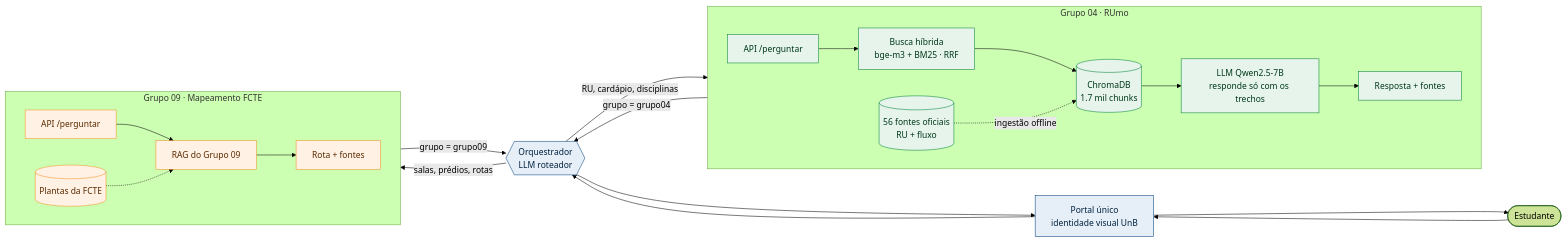
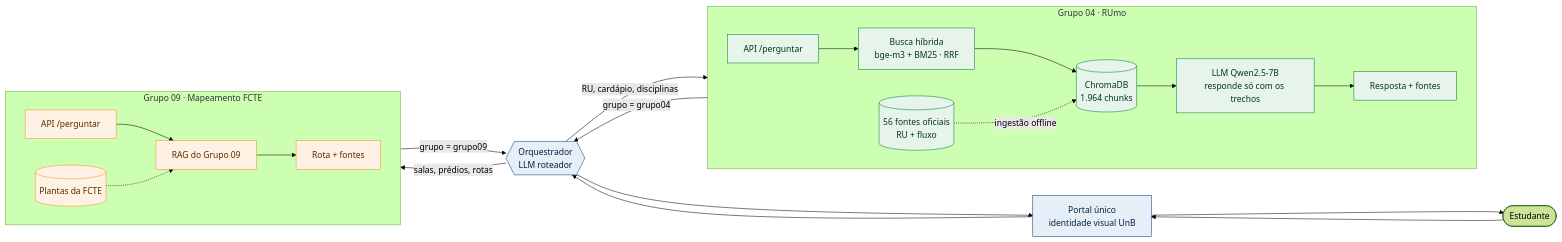
Before and after one commit to maykonjuso/residencia-grupo-4: the diagram in docs/visao/como-funciona.md, drawn with Mermaid (forest theme). The commit also changed other lines of this file and 10 other files, not shown here.

````diff
--- a/docs/visao/como-funciona.md
+++ b/docs/visao/como-funciona.md
@@ -19,29 +19,29 @@
 ```mermaid
 flowchart LR
     E([Estudante]) --> P[Portal único<br/>identidade visual UnB]
     P --> O{{Orquestrador<br/>LLM roteador}}
     subgraph G04 [Grupo 04 · RUmo]
         direction LR
         A4[API /perguntar] --> B4[Busca híbrida<br/>bge-m3 + BM25 · RRF]
-        B4 --> C4[(ChromaDB<br/>1.7 mil chunks)]
+        B4 --> C4[(ChromaDB<br/>1.964 chunks)]
         C4 --> L4[LLM Qwen2.5-7B<br/>responde só com os trechos]
         L4 --> R4[Resposta + fontes]
         K4[(56 fontes oficiais<br/>RU + fluxo)] -. ingestão offline .-> C4
     end
     subgraph G09 [Grupo 09 · Mapeamento FCTE]
         direction LR
         A9[API /perguntar] --> B9[RAG do Grupo 09] --> R9[Rota + fontes]
         K9[(Plantas da FCTE)] -.-> B9
     end
     O -- "RU, cardápio, disciplinas" --> A4
     O -- "salas, prédios, rotas" --> A9
     R4 -- "grupo = grupo04" --> O
     R9 -- "grupo = grupo09" --> O
     O --> P --> E
     classDef g04 fill:#e6f4ec,stroke:#008137,color:#00381a
     classDef g09 fill:#fff1e3,stroke:#f39325,color:#5a2a00
     classDef comum fill:#e6eef7,stroke:#003f7a,color:#00223f
     class A4,B4,C4,L4,R4,K4 g04
     class A9,B9,R9,K9 g09
     class P,O comum
 ```
````
